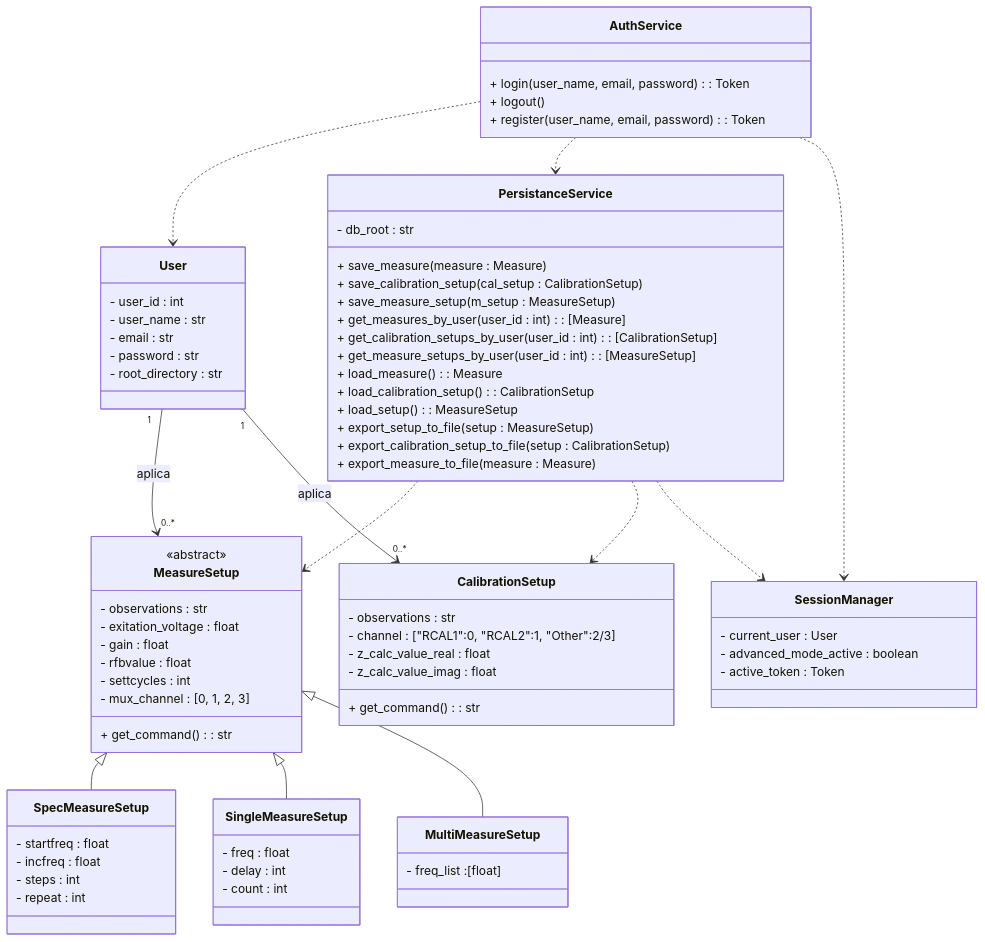
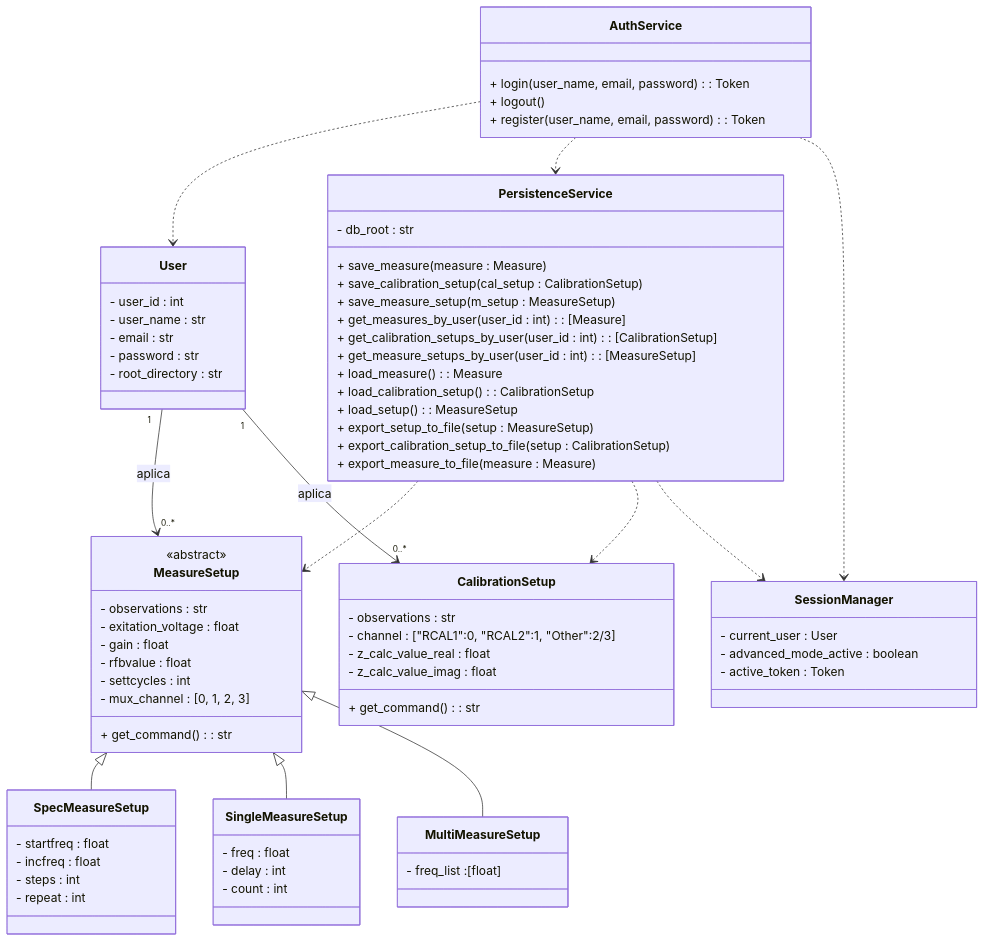
One commit to alegrelias/Repo-GMini changed the fifth of 6 diagrams in Gmini-MarkDown/Diagramas/Clases Conceptuales.md. Above: the diagram before and after it, drawn with Mermaid. The commit also changed other lines of this file, not shown here.

Commit message:
Se modifica diagrama de clases

````diff
--- a/Gmini-MarkDown/Diagramas/Clases Conceptuales.md
+++ b/Gmini-MarkDown/Diagramas/Clases Conceptuales.md
@@ -566,7 +560,7 @@
 	+ register(user_name, email, password) : Token
 }
 
-class PersistanceService{
+class PersistenceService{
 	- db_root : str
 	  
 	%% operaciones en db
@@ -630,10 +624,10 @@
 User "1"-->"0..*" CalibrationSetup : aplica
 
 AuthService ..> User
-AuthService ..> PersistanceService
+AuthService ..> PersistenceService
 AuthService ..> SessionManager
 
-PersistanceService ..> MeasureSetup
-PersistanceService ..> CalibrationSetup
-PersistanceService ..> SessionManager
+PersistenceService ..> MeasureSetup
+PersistenceService ..> CalibrationSetup
+PersistenceService ..> SessionManager
 ```
````
